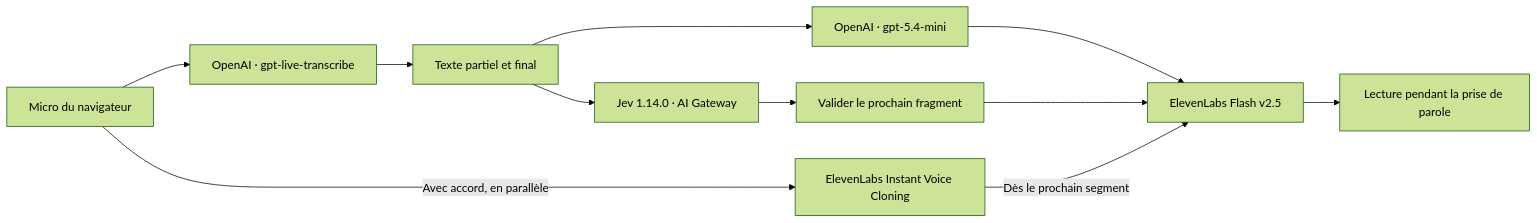
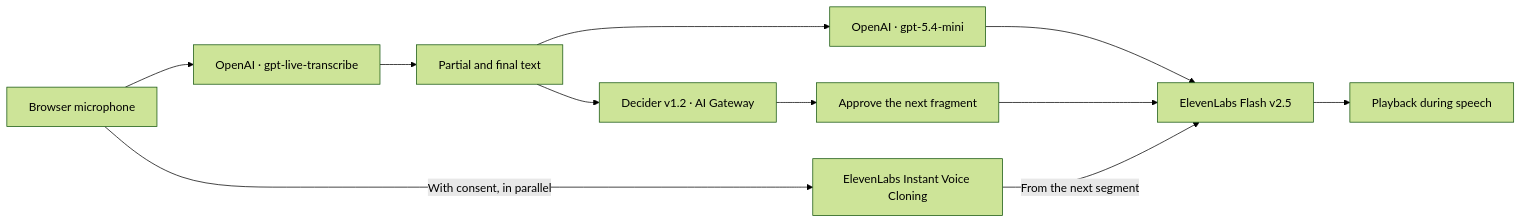
The diagram in README.md (kevinrss01/interprete-live-v2), drawn with Mermaid (forest theme) before and after one commit. The commit also changed other lines of this file and 6 other files, not shown here.

````diff
--- a/README.md
+++ b/README.md
@@ -45,13 +45,13 @@
 ```mermaid
 flowchart LR
-  Micro[Micro du navigateur] --> ASR[OpenAI · gpt-live-transcribe]
-  ASR --> Text[Texte partiel et final]
+  Micro[Browser microphone] --> ASR[OpenAI · gpt-live-transcribe]
+  ASR --> Text[Partial and final text]
   Text --> Translate[OpenAI · gpt-5.4-mini]
-  Text --> Jev[Jev 1.14.0 · AI Gateway]
+  Text --> Decider[Decider v1.2 · AI Gateway]
   Translate --> Speech[ElevenLabs Flash v2.5]
-  Jev --> Buffer[Valider le prochain fragment]
+  Decider --> Buffer[Approve the next fragment]
   Buffer --> Speech
-  Speech --> Audio[Lecture pendant la prise de parole]
-  Micro -->|Avec accord, en parallèle| Clone[ElevenLabs Instant Voice Cloning]
-  Clone -->|Dès le prochain segment| Speech
+  Speech --> Audio[Playback during speech]
+  Micro -->|With consent, in parallel| Clone[ElevenLabs Instant Voice Cloning]
+  Clone -->|From the next segment| Speech
 ```
````
